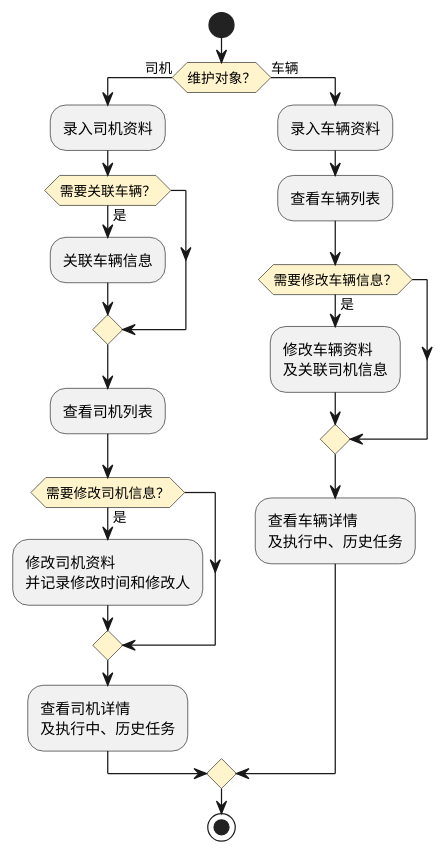
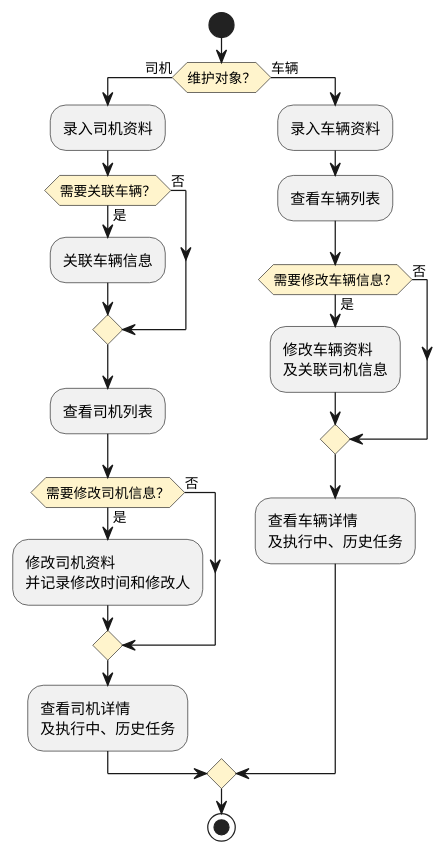
One commit to jack888332/projects-doc changed the first of 2 diagrams in product-caliber/goldjet/segmented-prd/PRD.高捷物流系统一期.第017篇.航晟车队管理.03280CBA2C.md. Above: the diagram before and after it, drawn with PlantUML. The commit also changed other lines of this file and 18 other files, not shown here.

Commit message:
优化DSL图细节

````diff
--- a/product-caliber/goldjet/segmented-prd/PRD.高捷物流系统一期.第017篇.航晟车队管理.03280CBA2C.md
+++ b/product-caliber/goldjet/segmented-prd/PRD.高捷物流系统一期.第017篇.航晟车队管理.03280CBA2C.md
@@ -46,25 +46,28 @@
 ```plantuml
 @startuml goldjet-017-driver-vehicle-maintenance
 skinparam activityDiamondBackgroundColor #FFF4CC
 start
 if (维护对象？) then (司机)
   :录入司机资料;
   if (需要关联车辆？) then (是)
     :关联车辆信息;
+  else (否)
   endif
   :查看司机列表;
   if (需要修改司机信息？) then (是)
     :修改司机资料\n并记录修改时间和修改人;
+  else (否)
   endif
   :查看司机详情\n及执行中、历史任务;
 else (车辆)
   :录入车辆资料;
   :查看车辆列表;
   if (需要修改车辆信息？) then (是)
     :修改车辆资料\n及关联司机信息;
+  else (否)
   endif
   :查看车辆详情\n及执行中、历史任务;
 endif
 stop
 @enduml
 ```
````
